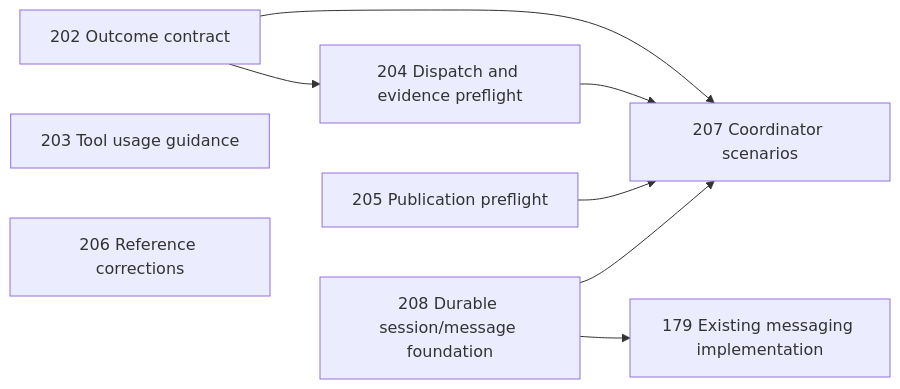
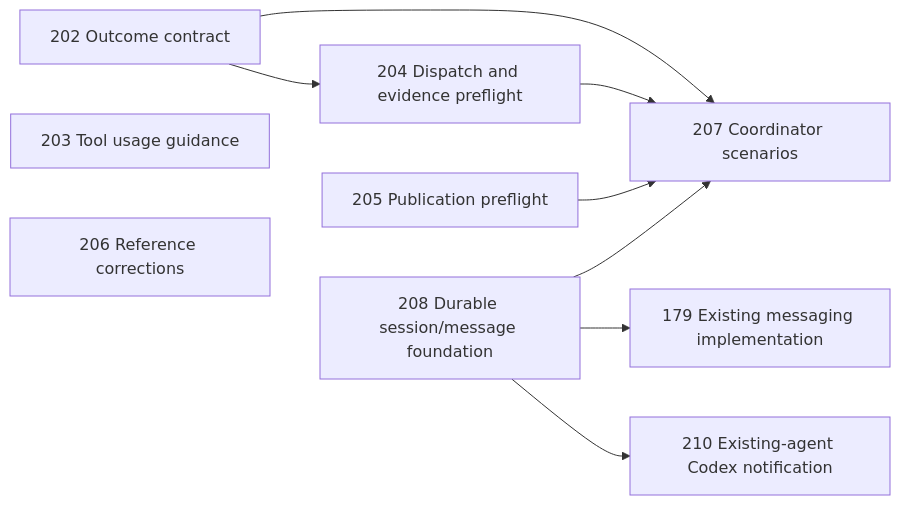
Before and after one commit to smileynet/grey-matter: the first of 2 diagrams in docs/plan.md, drawn with Mermaid. The commit also changed other lines of this file and 17 other files, not shown here.

Commit message:
feat(orchestrate): qualify existing-agent handoffs and audit outcome traces

````diff
--- a/docs/plan.md
+++ b/docs/plan.md
@@ -227,11 +228,12 @@
 ```mermaid
 flowchart LR
   A202[202 Outcome contract] --> A204[204 Dispatch and evidence preflight]
   A202 --> A207[207 Coordinator scenarios]
   A204 --> A207
   A205[205 Publication preflight] --> A207
   A208[208 Durable session/message foundation] --> A179[179 Existing messaging implementation]
+  A208 --> A210[210 Existing-agent Codex notification]
   A208 --> A207
   A203[203 Tool usage guidance]
   A206[206 Reference corrections]
 ```
````
